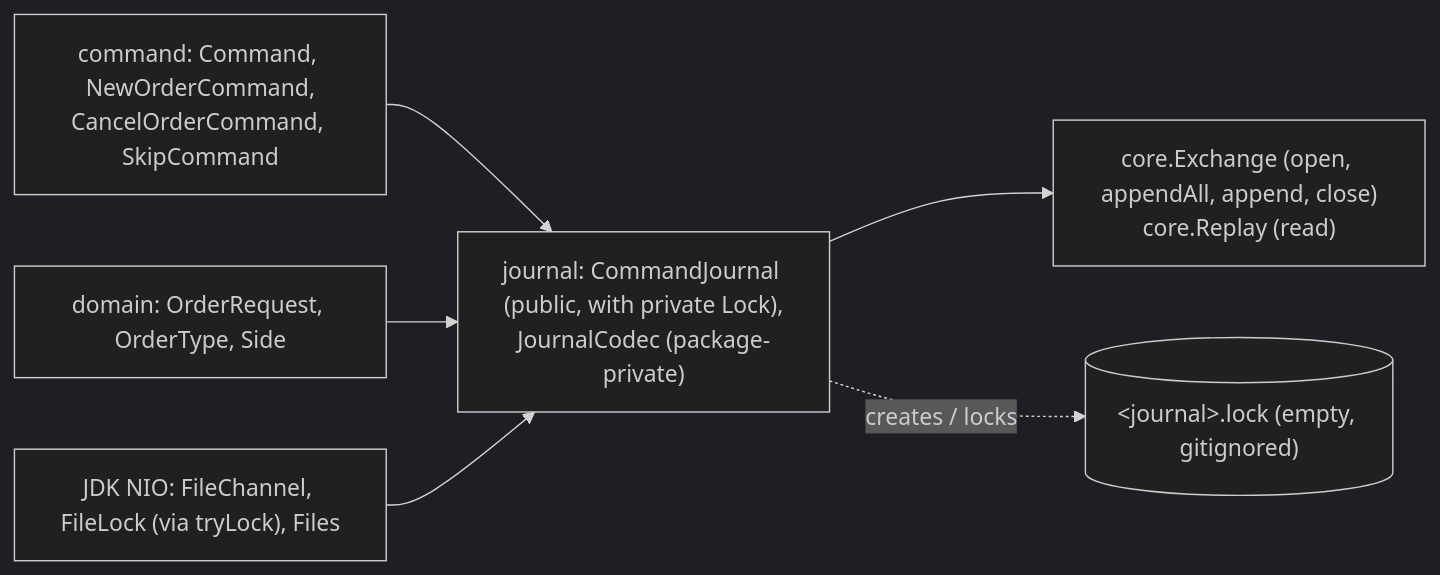
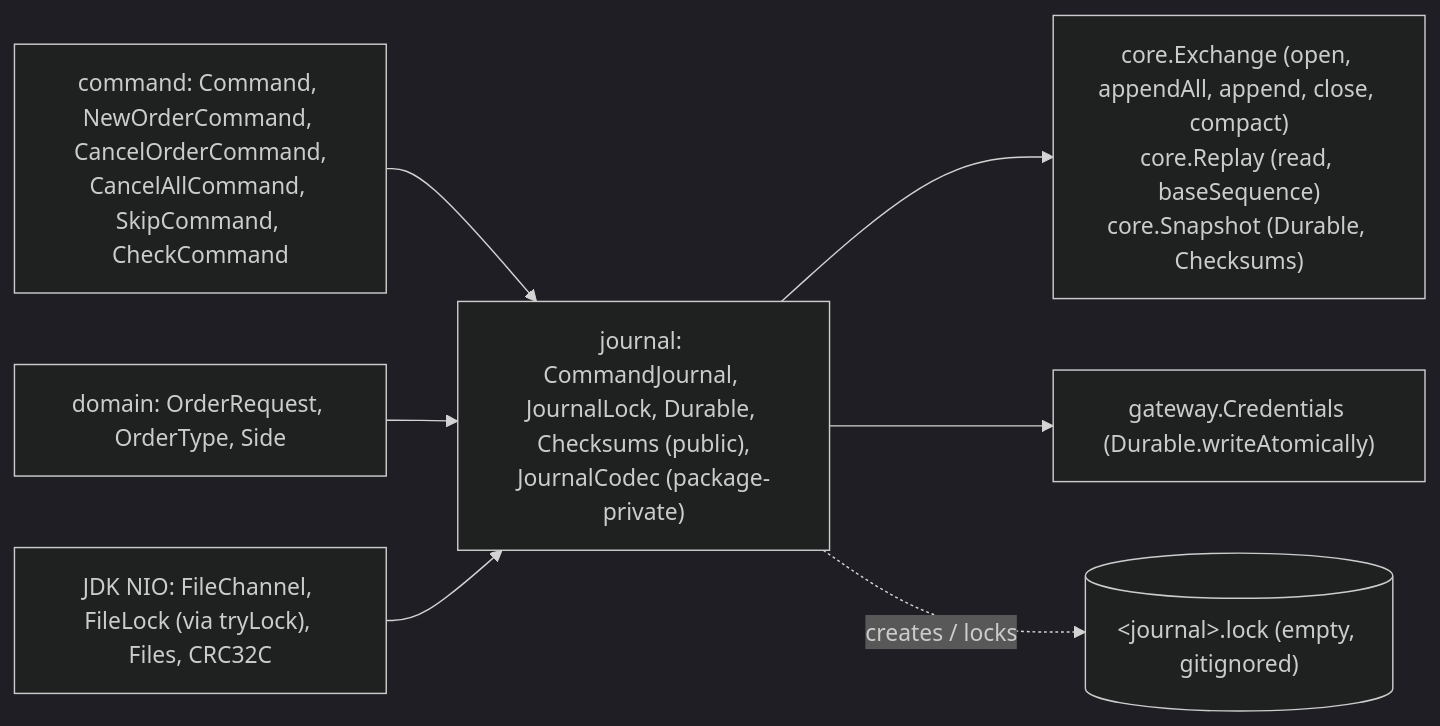
Before and after one commit to SampannaNampalli/ExchangeSystem: the third of 3 diagrams in docs/understanding/07-modules/journal.md, drawn with Mermaid (dark theme). The commit also changed other lines of this file and 30 other files, not shown here.

````diff
--- a/docs/understanding/07-modules/journal.md
+++ b/docs/understanding/07-modules/journal.md
@@ -598,8 +733,9 @@
 ```mermaid
 flowchart LR
-    command["command: Command, NewOrderCommand,<br/>CancelOrderCommand, SkipCommand"] --> journal
+    command["command: Command, NewOrderCommand, CancelOrderCommand,<br/>CancelAllCommand, SkipCommand, CheckCommand"] --> journal
     domain["domain: OrderRequest, OrderType, Side"] --> journal
-    journal["journal: CommandJournal (public, with private Lock),<br/>JournalCodec (package-private)"] --> core["core.Exchange (open, appendAll, append, close)<br/>core.Replay (read)"]
-    jdk["JDK NIO: FileChannel, FileLock (via tryLock), Files"] --> journal
+    journal["journal: CommandJournal, JournalLock, Durable, Checksums (public),<br/>JournalCodec (package-private)"] --> core["core.Exchange (open, appendAll, append, close, compact)<br/>core.Replay (read, baseSequence)<br/>core.Snapshot (Durable, Checksums)"]
+    journal --> gw["gateway.Credentials (Durable.writeAtomically)"]
+    jdk["JDK NIO: FileChannel, FileLock (via tryLock), Files, CRC32C"] --> journal
     journal -. "creates / locks" .-> lockfile[("&lt;journal&gt;.lock (empty, gitignored)")]
 ```
````
